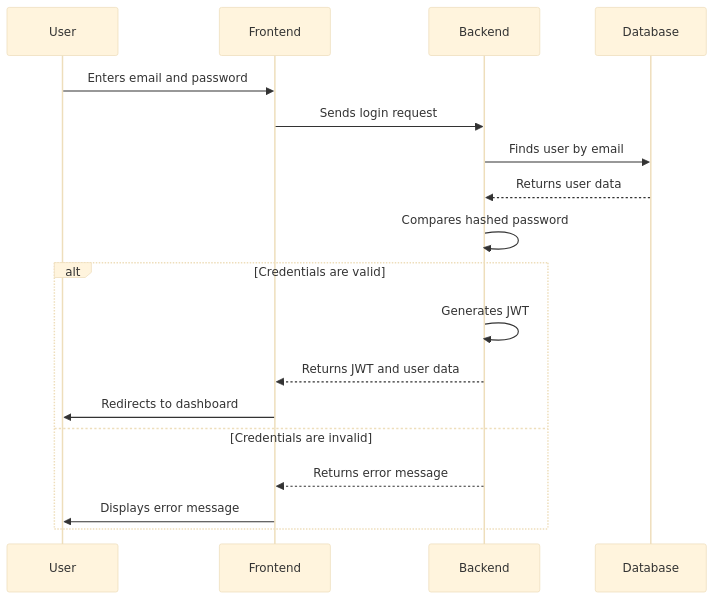
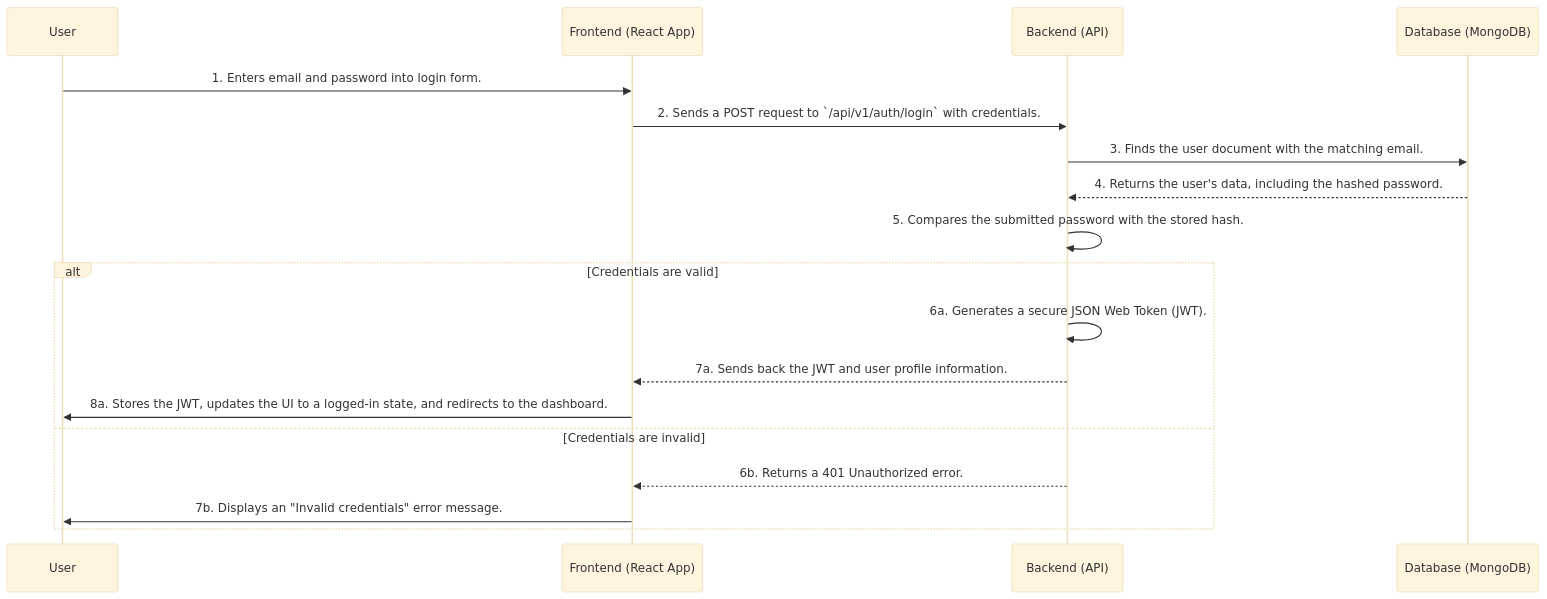
One commit to clzmateinfo-arch/ClzMate changed the first of 2 diagrams in documentation/2_System_Design_Document.md. Above: the diagram before and after it, drawn with Mermaid (base theme). The commit also changed other lines of this file and 7 other files, not shown here.

````diff
--- a/documentation/2_System_Design_Document.md
+++ b/documentation/2_System_Design_Document.md
@@ -55,21 +58,21 @@
 ```mermaid
 sequenceDiagram
     participant User
-    participant Frontend
-    participant Backend
-    participant Database
+    participant Frontend (React App)
+    participant Backend (API)
+    participant Database (MongoDB)
 
-    User->>Frontend: Enters email and password
-    Frontend->>Backend: Sends login request
-    Backend->>Database: Finds user by email
-    Database-->>Backend: Returns user data
-    Backend->>Backend: Compares hashed password
+    User->>Frontend (React App): 1. Enters email and password into login form.
+    Frontend (React App)->>Backend (API): 2. Sends a POST request to `/api/v1/auth/login` with credentials.
+    Backend (API)->>Database (MongoDB): 3. Finds the user document with the matching email.
+    Database (MongoDB)-->>Backend (API): 4. Returns the user's data, including the hashed password.
+    Backend (API)->>Backend (API): 5. Compares the submitted password with the stored hash.
     alt Credentials are valid
-        Backend->>Backend: Generates JWT
-        Backend-->>Frontend: Returns JWT and user data
-        Frontend->>User: Redirects to dashboard
+        Backend (API)->>Backend (API): 6a. Generates a secure JSON Web Token (JWT).
+        Backend (API)-->>Frontend (React App): 7a. Sends back the JWT and user profile information.
+        Frontend (React App)->>User: 8a. Stores the JWT, updates the UI to a logged-in state, and redirects to the dashboard.
     else Credentials are invalid
-        Backend-->>Frontend: Returns error message
-        Frontend->>User: Displays error message
+        Backend (API)-->>Frontend (React App): 6b. Returns a 401 Unauthorized error.
+        Frontend (React App)->>User: 7b. Displays an "Invalid credentials" error message.
     end
 ```
````
